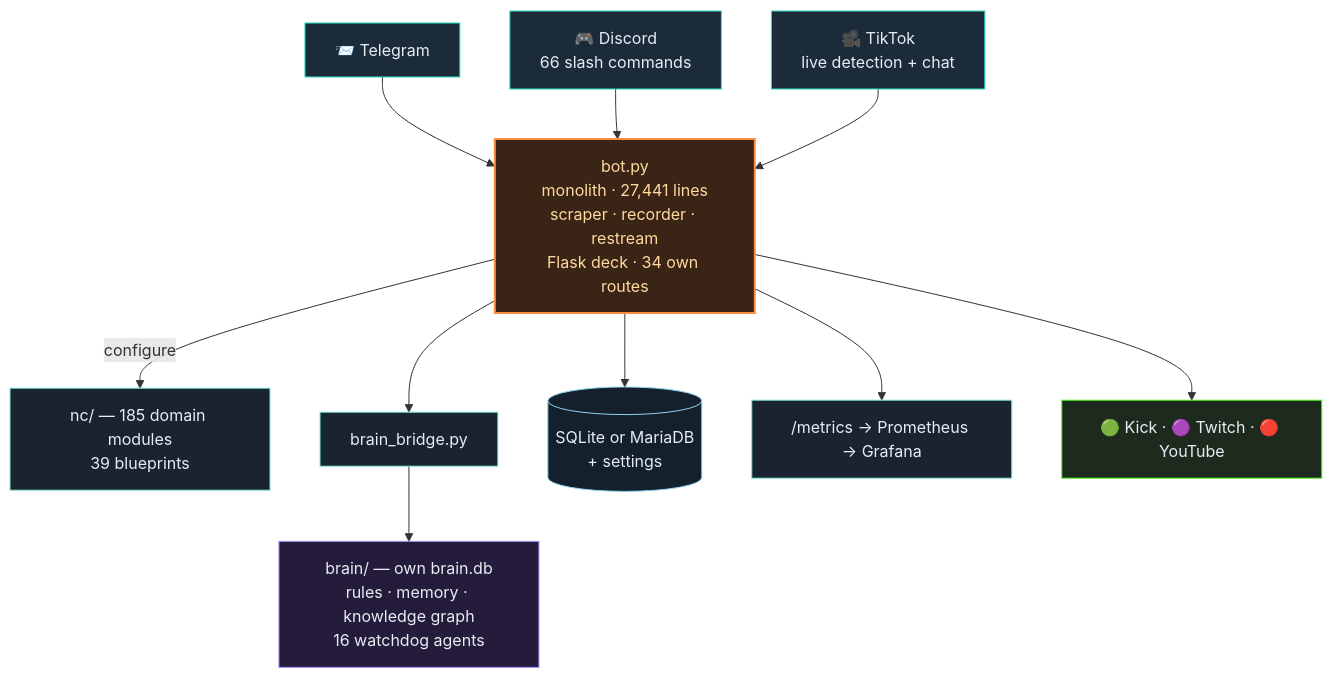
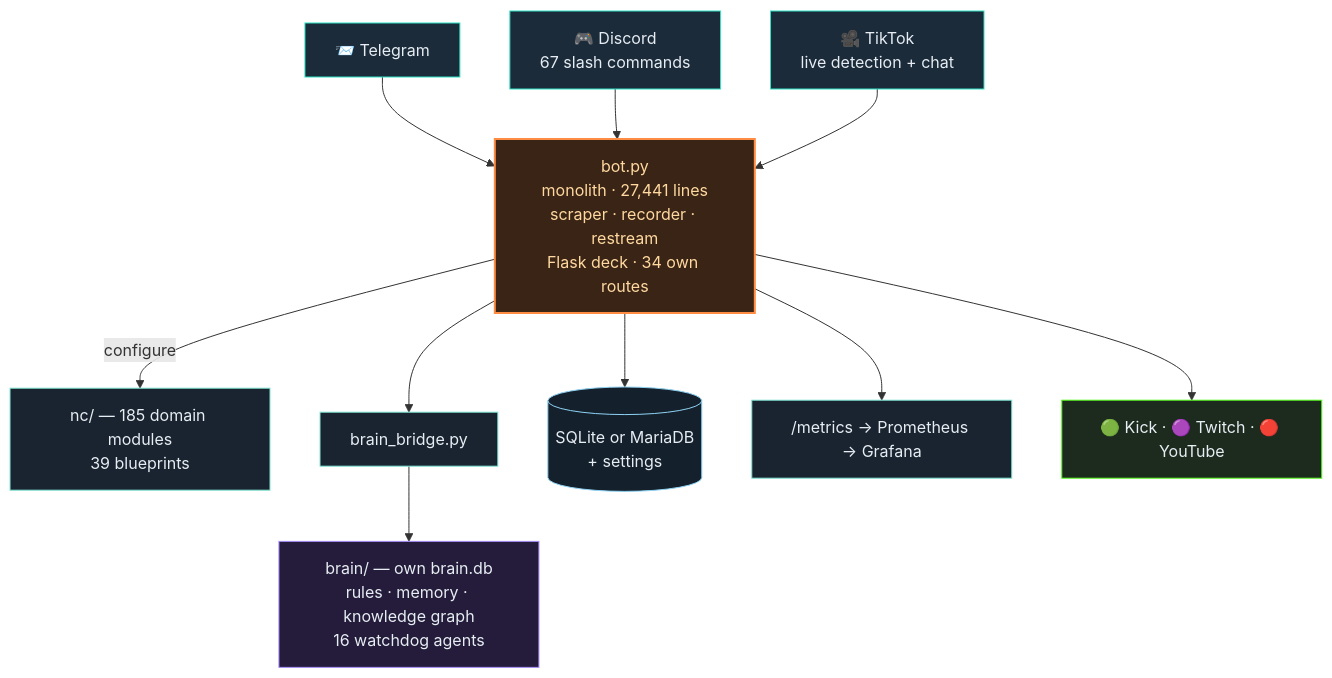
One commit to itsamemedev/Telegram-Stream-Info-Bot changed the second of 3 diagrams in README.en.md. Above: the diagram before and after it, drawn with Mermaid. The commit also changed other lines of this file and 64 other files, not shown here.

````diff
--- a/README.en.md
+++ b/README.en.md
@@ -119,19 +119,19 @@
 ```mermaid
 flowchart TB
     TG["📨 Telegram"]:::ein --> BOT
-    DC["🎮 Discord<br/>66 slash commands"]:::ein --> BOT
+    DC["🎮 Discord<br/>67 slash commands"]:::ein --> BOT
     TT["🎥 TikTok<br/>live detection + chat"]:::ein --> BOT
     BOT["bot.py<br/>monolith · 27,441 lines<br/>scraper · recorder · restream<br/>Flask deck · 34 own routes"]:::core
     BOT -->|configure| NC["nc/ — 185 domain modules<br/>39 blueprints"]:::lib
     BOT --> BR["brain_bridge.py"]:::lib
     BR --> BRAIN["brain/ — own brain.db<br/>rules · memory · knowledge graph<br/>16 watchdog agents"]:::brain
     BOT --> DB[("SQLite or MariaDB<br/>+ settings")]:::db
     BOT --> PROM["/metrics → Prometheus → Grafana"]:::lib
     BOT --> OUT["🟢 Kick · 🟣 Twitch · 🔴 YouTube"]:::out
     classDef ein fill:#1c2b3a,stroke:#2de1c2,color:#e6edf3
     classDef core fill:#3a2415,stroke:#ff8c42,stroke-width:2px,color:#ffd9a0
     classDef lib fill:#1a2430,stroke:#7fe7d4,color:#e6edf3
     classDef brain fill:#241c3a,stroke:#a78bfa,color:#e6edf3
     classDef db fill:#14202c,stroke:#8fd3f4,color:#e6edf3
     classDef out fill:#1c2b1e,stroke:#53fc18,color:#e6edf3
 ```
````
